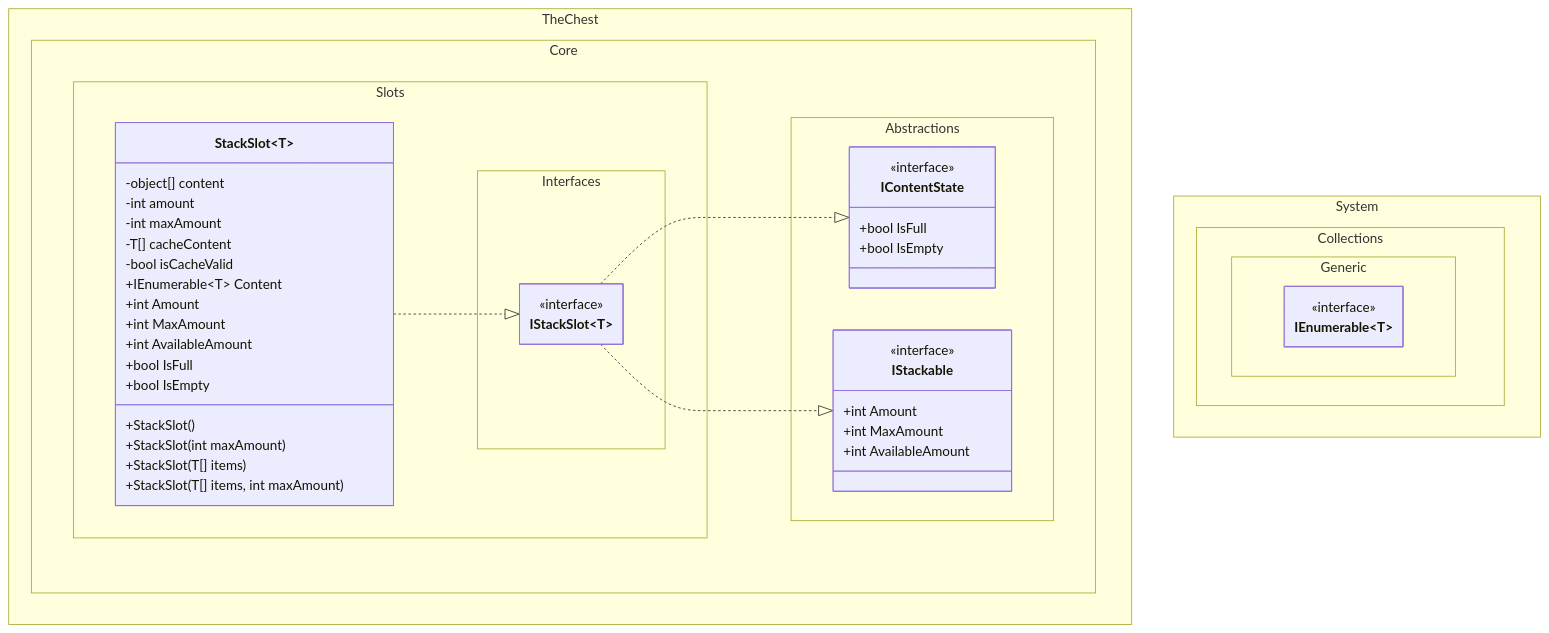
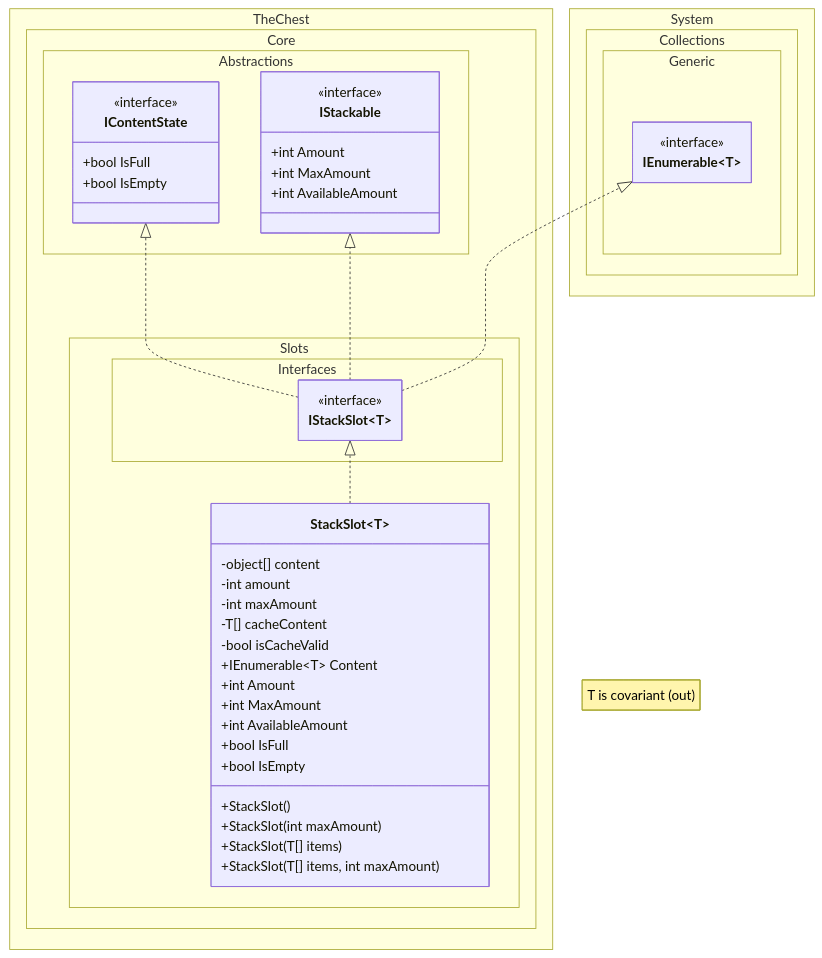
Before and after one commit to The-Chest/TheChest.Core: the fifth of 6 diagrams in docs/class_diagram.md, drawn with Mermaid. The commit also changed other lines of this file and 14 other files, not shown here.

````diff
--- a/docs/class_diagram.md
+++ b/docs/class_diagram.md
@@ -219,56 +229,58 @@
 ```mermaid
 ---
 config:
   theme: mc
   look: classic
   class:
     hideEmptyMembersBox: true
 ---
 classDiagram
 direction BT
     namespace TheChest.Core.Abstractions {
         class IContentState {
             <<interface>>
             +bool IsFull
             +bool IsEmpty
         }
         class IStackable {
             <<interface>>
             +int Amount
             +int MaxAmount
             +int AvailableAmount
         }
     }
     namespace TheChest.Core.Slots.Interfaces {
         class IStackSlot~T~ {
             <<interface>>
         }
     }
     namespace System.Collections.Generic {
         class IEnumerable~T~ {
             <<interface>>
         }
     }
     namespace TheChest.Core.Slots {
         class StackSlot~T~ {
             -object[] content
             -int amount
             -int maxAmount
             -T[] cacheContent
             -bool isCacheValid
             +IEnumerable~T~ Content
             +int Amount
             +int MaxAmount
             +int AvailableAmount
             +bool IsFull
             +bool IsEmpty
             +StackSlot()
             +StackSlot(int maxAmount)
             +StackSlot(T[] items)
             +StackSlot(T[] items, int maxAmount)
         }
     }
     IStackSlot~T~ ..|> IContentState
     IStackSlot~T~ ..|> IStackable
+    IStackSlot~T~ ..|> IEnumerable~T~
     StackSlot~T~ ..|> IStackSlot~T~
+    note for IStackSlot~T~ "T is covariant (out)"
 ```
````
